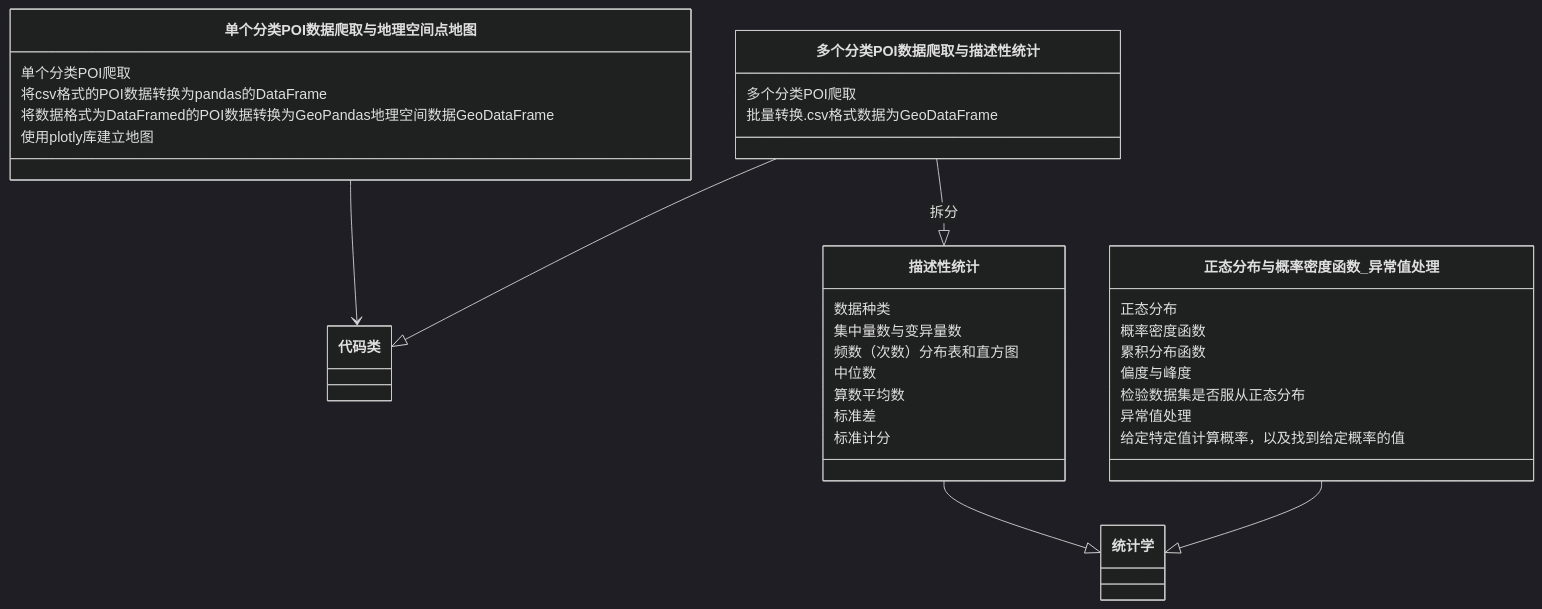
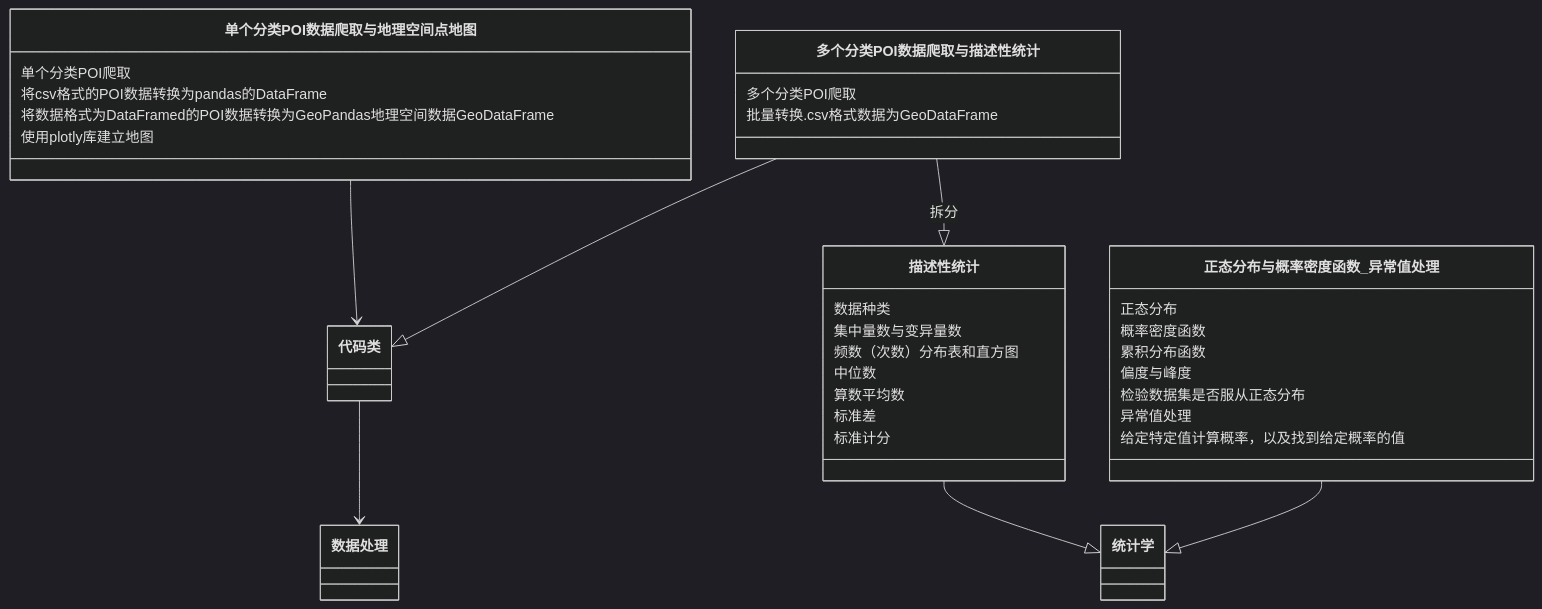
The first of 2 diagrams in docs/markdown/structure_chapters.md (Weijun-H/Urban-Spatial-Data-Analysis_python), drawn with Mermaid (dark theme) before and after one commit. The commit also changed 7 other files, not shown here.

````diff
--- a/docs/markdown/structure_chapters.md
+++ b/docs/markdown/structure_chapters.md
@@ -6,35 +6,36 @@
 ```mermaid
 classDiagram
+代码类 --> 数据处理
+
 单个分类POI数据爬取与地理空间点地图 --> 代码类 : 
 单个分类POI数据爬取与地理空间点地图 : 单个分类POI爬取
 单个分类POI数据爬取与地理空间点地图 : 将csv格式的POI数据转换为pandas的DataFrame
 单个分类POI数据爬取与地理空间点地图 : 将数据格式为DataFramed的POI数据转换为GeoPandas地理空间数据GeoDataFrame
 单个分类POI数据爬取与地理空间点地图 : 使用plotly库建立地图
 
 多个分类POI数据爬取与描述性统计 --|> 代码类
 多个分类POI数据爬取与描述性统计 --|> 描述性统计 : 拆分
 多个分类POI数据爬取与描述性统计 : 多个分类POI爬取
 多个分类POI数据爬取与描述性统计 : 批量转换.csv格式数据为GeoDataFrame
-多个分类POI数据爬取与描述性统计 : 
 
 描述性统计 --|> 统计学
 描述性统计 : 数据种类
 描述性统计 : 集中量数与变异量数
 描述性统计 : 频数（次数）分布表和直方图
 描述性统计 : 中位数
 描述性统计 : 算数平均数
 描述性统计 : 标准差
 描述性统计 : 标准计分
 
 正态分布与概率密度函数_异常值处理 --|> 统计学
 正态分布与概率密度函数_异常值处理 : 正态分布
 正态分布与概率密度函数_异常值处理 : 概率密度函数
 正态分布与概率密度函数_异常值处理 : 累积分布函数
 正态分布与概率密度函数_异常值处理 : 偏度与峰度
 正态分布与概率密度函数_异常值处理 : 检验数据集是否服从正态分布
 正态分布与概率密度函数_异常值处理 : 异常值处理
 正态分布与概率密度函数_异常值处理 : 给定特定值计算概率，以及找到给定概率的值
 
 
 
 ```
````
